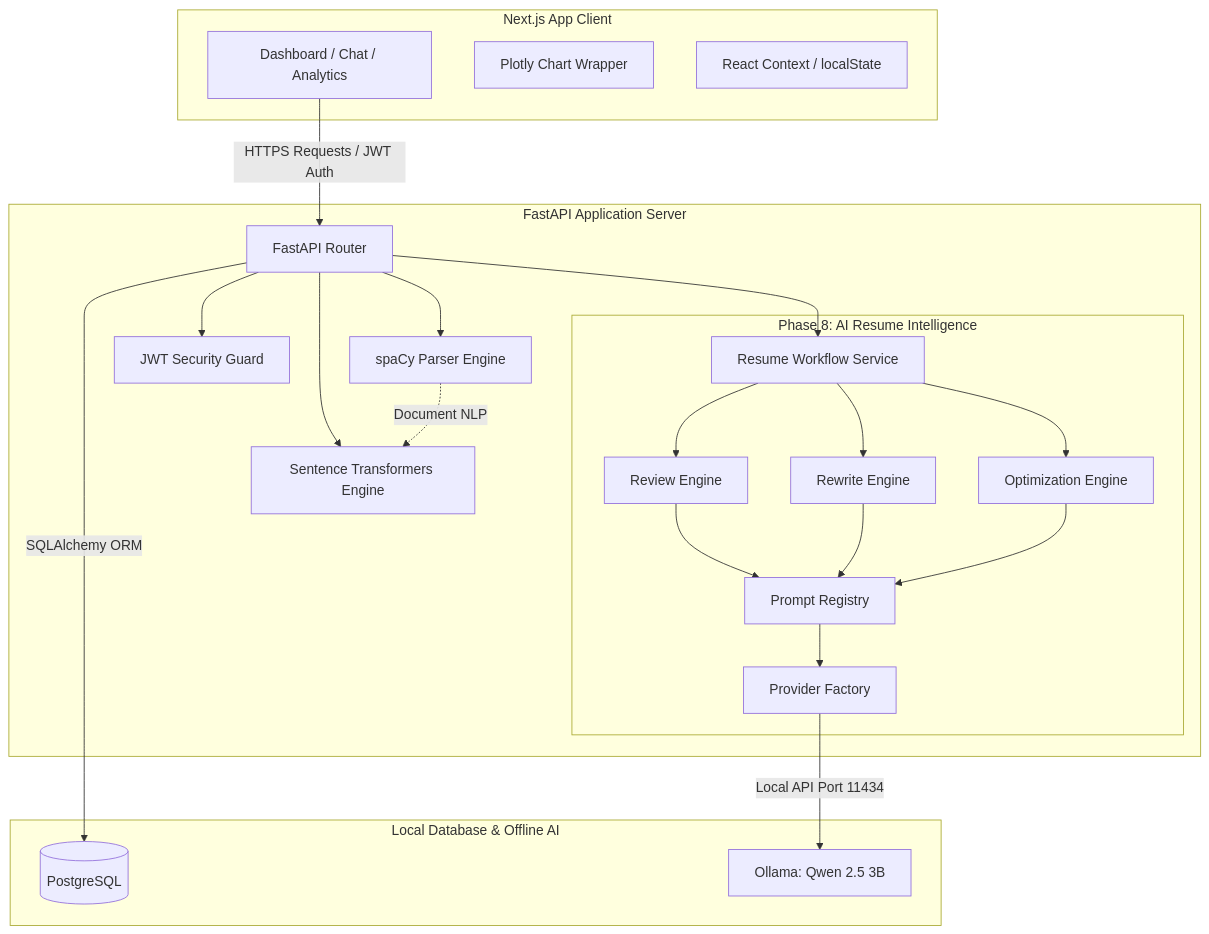
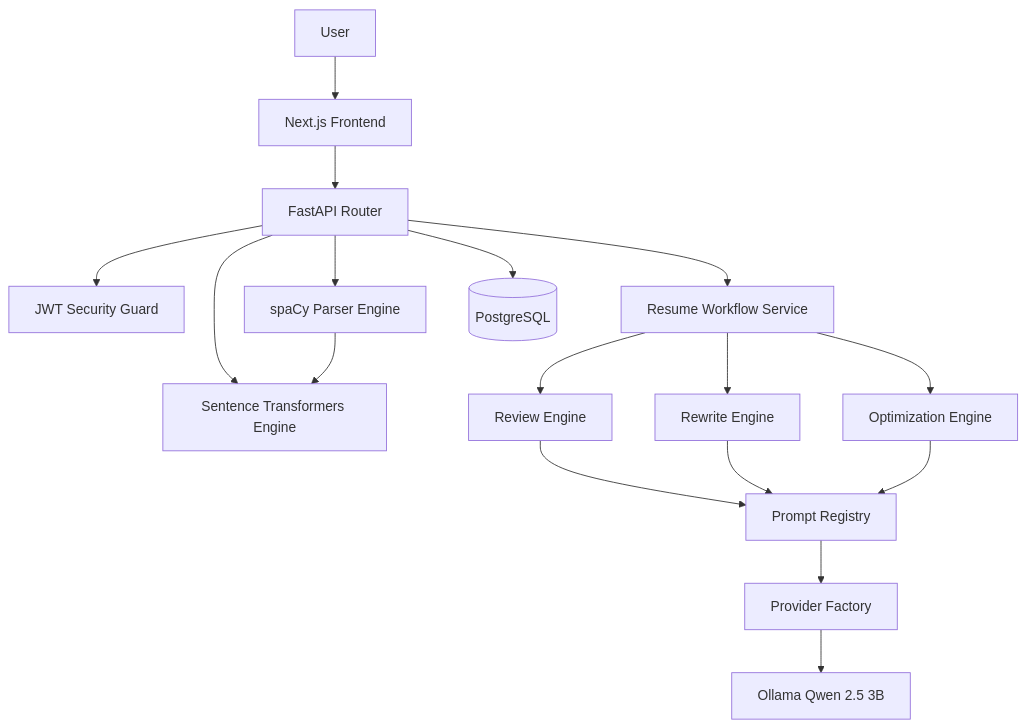
The diagram in README.md (Dipakk7/Scorelia), drawn with Mermaid before and after one commit.

Commit message:
Revise architecture diagram and workflow connections
Updated the architecture diagram and connections in the README to reflect changes in the client-server structure and workflow services.

````diff
--- a/README.md
+++ b/README.md
@@ -57,51 +57,25 @@
 ```mermaid
 graph TD
-    %% Frontend Layer
-    subgraph Frontend [Next.js App Client]
-        UI[Dashboard / Chat / Analytics]
-        Charts[Plotly Chart Wrapper]
-        State[React Context / localState]
-    end
+    User[User] --> Frontend[Next.js Frontend]
+    Frontend --> API[FastAPI Router]
 
-    %% Backend Layer
-    subgraph Backend [FastAPI Application Server]
-        API[FastAPI Router]
-        Auth[JWT Security Guard]
-        Parser[spaCy Parser Engine]
-        Embedding[Sentence Transformers Engine]
+    API --> Auth[JWT Security Guard]
+    API --> Parser[spaCy Parser Engine]
+    API --> Embedding[Sentence Transformers Engine]
+    API --> Workflow[Resume Workflow Service]
 
-        subgraph AI [Phase 8: AI Resume Intelligence]
-            Workflow[Resume Workflow Service]
-            Review[Review Engine]
-            Rewrite[Rewrite Engine]
-            Optimize[Optimization Engine]
-            Registry[Prompt Registry]
-            Factory[Provider Factory]
-        end
-    end
+    Parser --> Embedding
 
-    %% Database & External AI
-    subgraph Storage [Local Database & Offline AI]
-        DB[(PostgreSQL)]
-        OllamaLocal[Ollama: Qwen 2.5 3B]
-    end
+    Workflow --> Review[Review Engine]
+    Workflow --> Rewrite[Rewrite Engine]
+    Workflow --> Optimize[Optimization Engine]
 
-    %% Flow connections
-    UI -->|HTTPS Requests / JWT Auth| API
-    API --> Auth
-    API --> Parser
-    API --> Embedding
-    API --> Workflow
-
-    Parser -.->|Document NLP| Embedding
-    Workflow --> Review
-    Workflow --> Rewrite
-    Workflow --> Optimize
-    Review --> Registry
+    Review --> Registry[Prompt Registry]
     Rewrite --> Registry
     Optimize --> Registry
-    Registry --> Factory
-    Factory -->|Local API Port 11434| OllamaLocal
 
-    API -->|SQLAlchemy ORM| DB
+    Registry --> Factory[Provider Factory]
+    Factory --> Ollama[Ollama Qwen 2.5 3B]
+
+    API --> DB[(PostgreSQL)]
 ```
````
